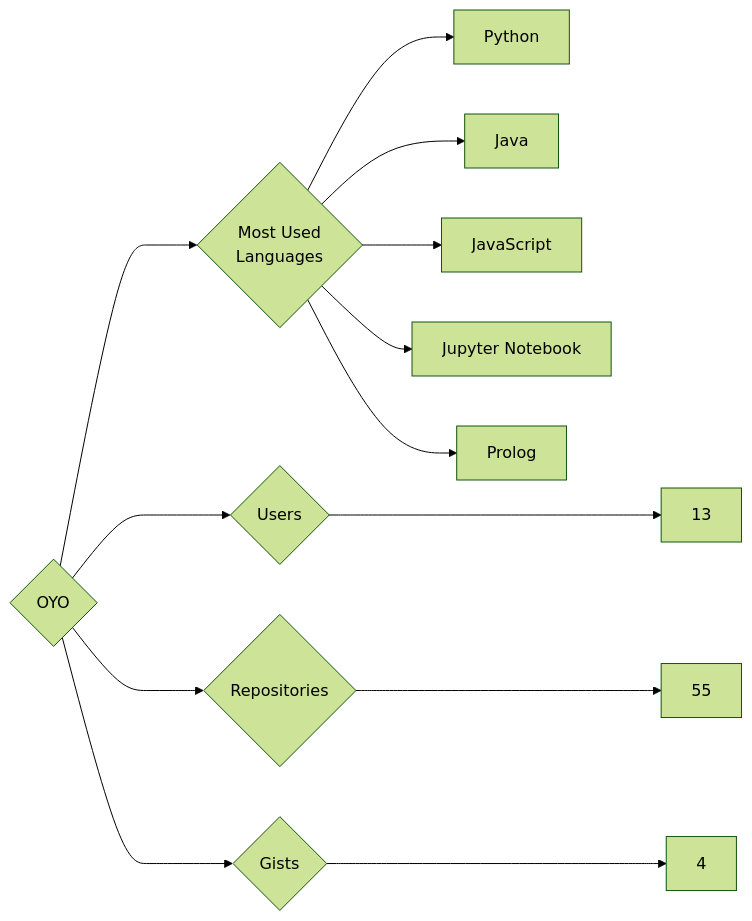
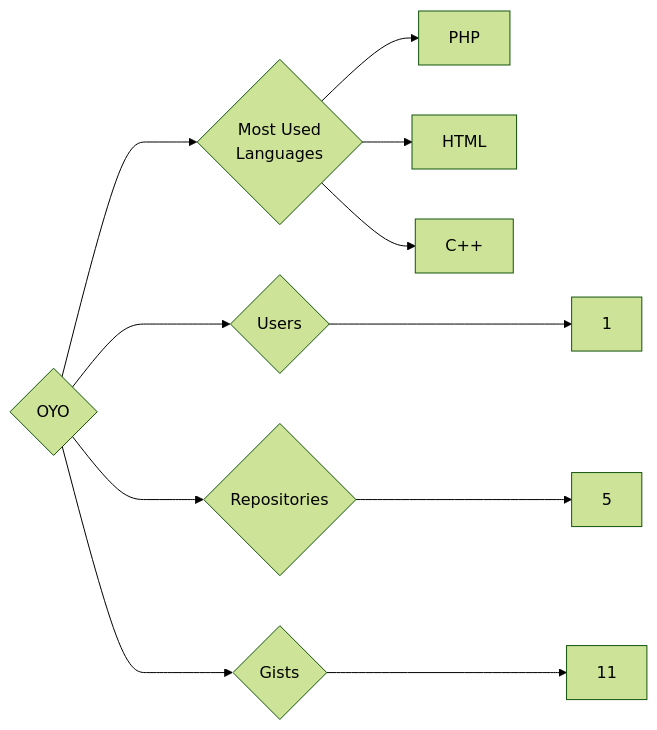
Before and after one commit to trickest/insiders: the diagram in targets/OYO/README.md, drawn with Mermaid (forest theme). The commit also changed 1011 other files, not shown here.

````diff
--- a/targets/OYO/README.md
+++ b/targets/OYO/README.md
@@ -3,13 +3,11 @@
 ```mermaid
 graph LR
 COMPANY_NAME{OYO}
-COMPANY_NAME ---> U{Users} ---> UN[13]
-COMPANY_NAME ---> R{Repositories} ---> RN[55]
-COMPANY_NAME ---> G{Gists} ---> GN[4]
+COMPANY_NAME ---> U{Users} ---> UN[1]
+COMPANY_NAME ---> R{Repositories} ---> RN[5]
+COMPANY_NAME ---> G{Gists} ---> GN[11]
 COMPANY_NAME ---> ML{Most Used<br>Languages}
-ML --> Python[Python]
-ML --> Java[Java]
-ML --> JavaScript[JavaScript]
-ML --> Jupyter_Notebook[Jupyter Notebook]
-ML --> Prolog[Prolog]
+ML --> PHP[PHP]
+ML --> HTML[HTML]
+ML --> C++[C++]
 ```
````
